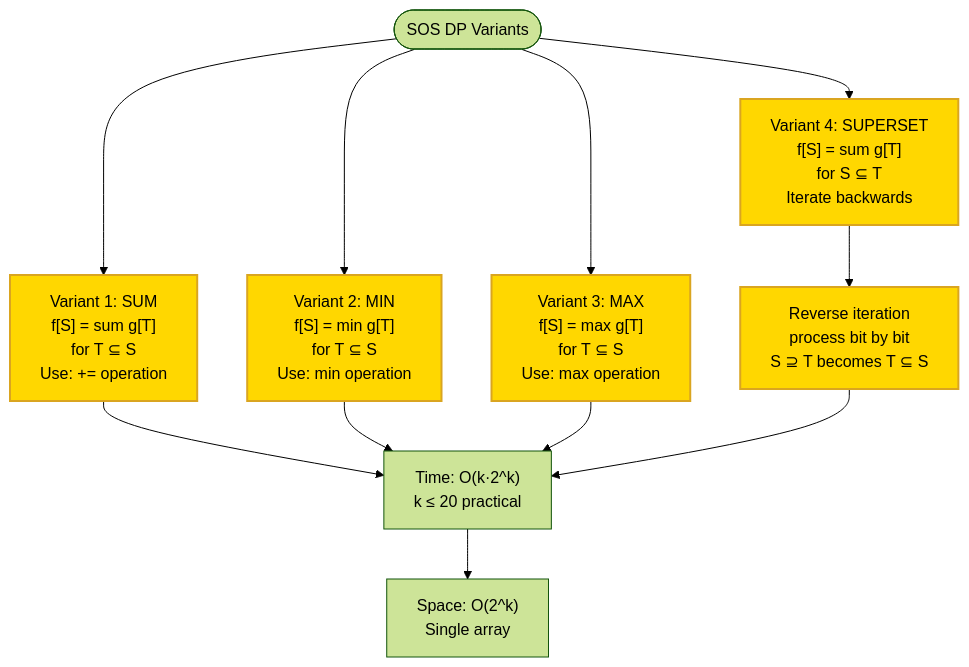
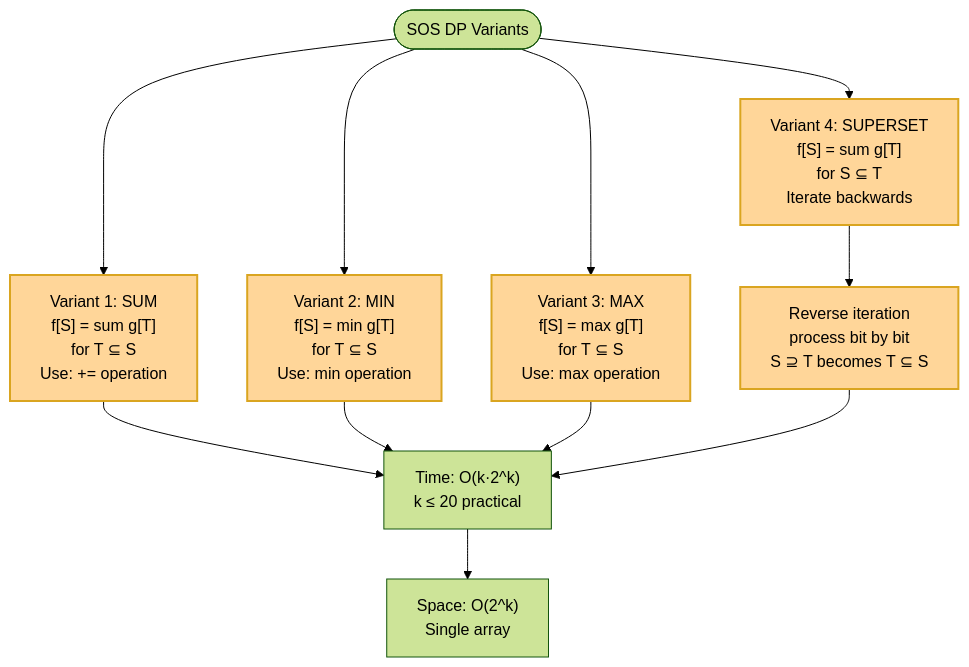
One commit to souradeepta/interviewprep changed diagram 15 of 41 in docs/algorithms/advanced/advanced_algorithms.md. Above: the diagram before and after it, drawn with Mermaid (forest theme). The commit also changed other lines of this file and 31 other files, not shown here.

Commit message:
updated graphs

````diff
--- a/docs/algorithms/advanced/advanced_algorithms.md
+++ b/docs/algorithms/advanced/advanced_algorithms.md
@@ -624,17 +624,17 @@
 ```mermaid
 flowchart TD
     A(["SOS DP Variants"]) --> Op1["Variant 1: SUM<br/>f[S] = sum g[T]<br/>for T ⊆ S<br/>Use: += operation"]
     A --> Op2["Variant 2: MIN<br/>f[S] = min g[T]<br/>for T ⊆ S<br/>Use: min operation"]
     A --> Op3["Variant 3: MAX<br/>f[S] = max g[T]<br/>for T ⊆ S<br/>Use: max operation"]
     A --> Op4["Variant 4: SUPERSET<br/>f[S] = sum g[T]<br/>for S ⊆ T<br/>Iterate backwards"]
     
     Op1 --> Time["Time: O(k·2^k)<br/>k ≤ 20 practical"]
     Op2 --> Time
     Op3 --> Time
     Op4 --> Back["Reverse iteration<br/>process bit by bit<br/>S ⊇ T becomes T ⊆ S"]
     Back --> Time
     Time --> Space["Space: O(2^k)<br/>Single array"]
     
-    classDef var fill:#FFD700,stroke:#DAA520,stroke-width:2px,color:#000
+    classDef var fill:#ffd699,color:#000,stroke:#333,stroke-width:2px,stroke:#DAA520,stroke-width:2px,color:#000
     class Op1,Op2,Op3,Op4,Back var
 ```
````
